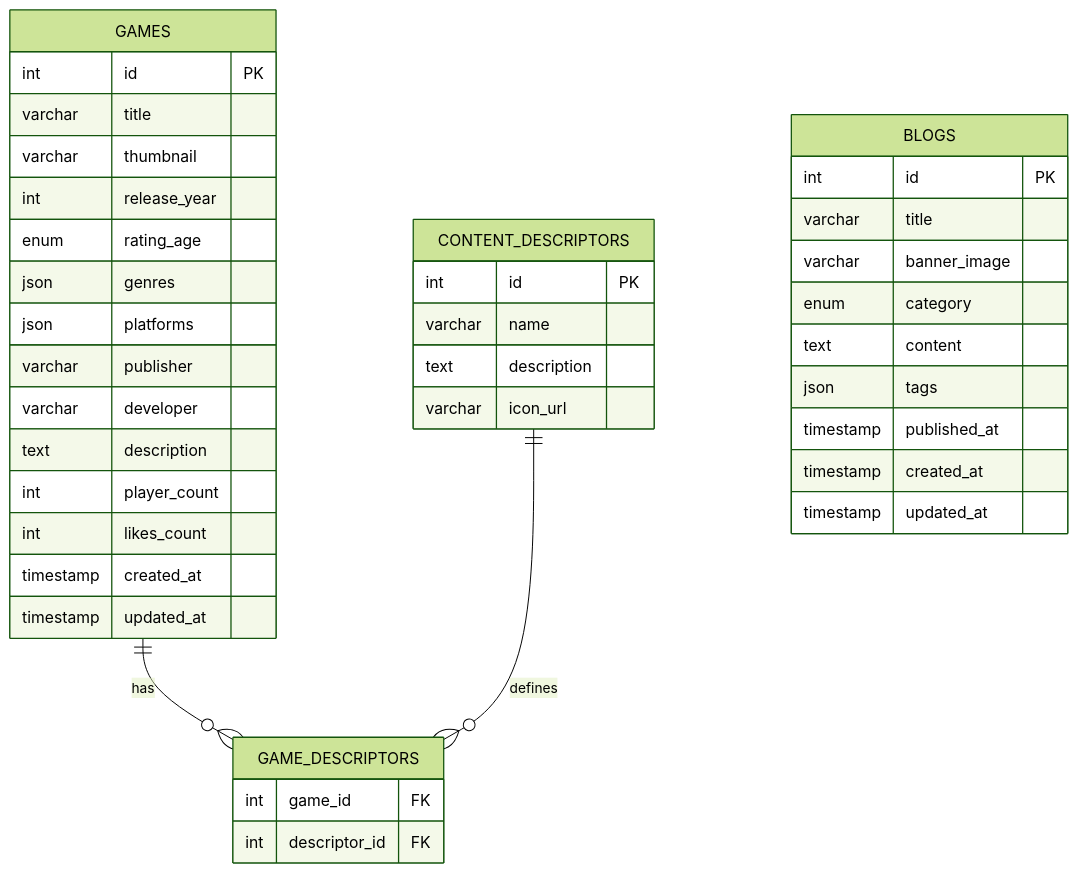
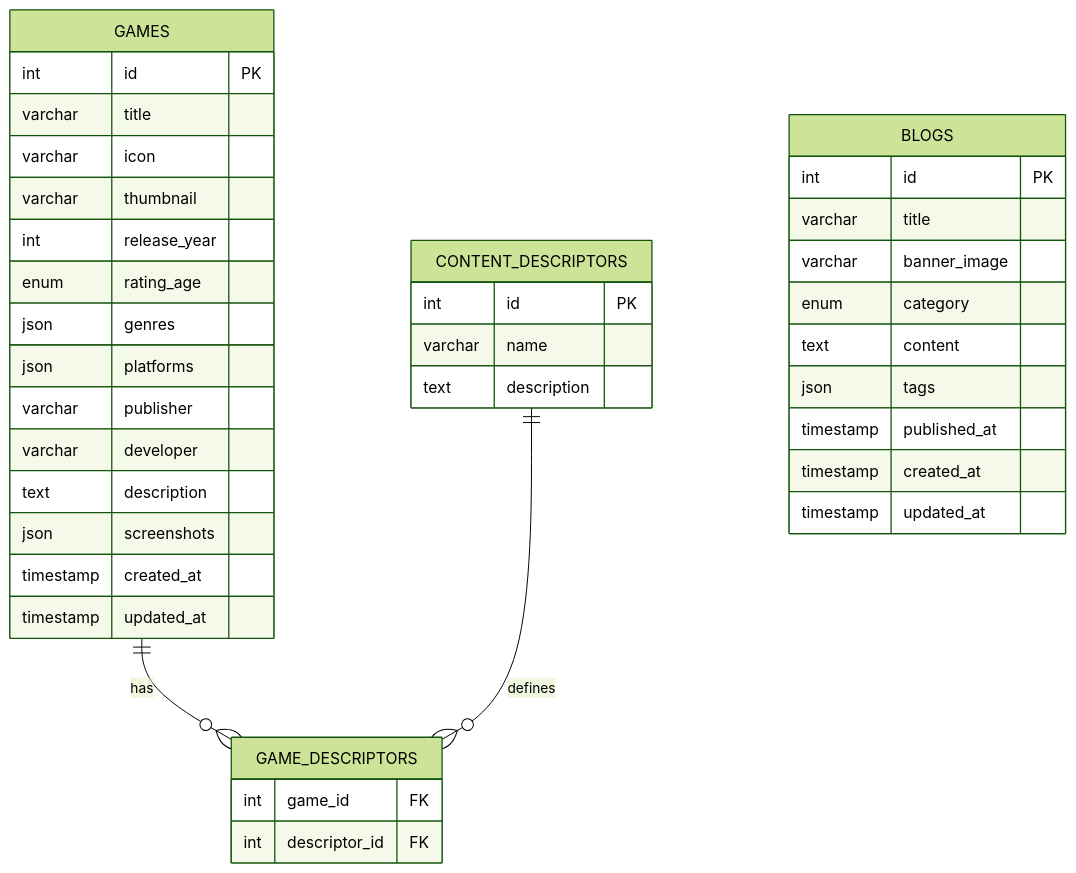
The diagram in readme.md (RahmatHedo/Redesain_Team1), drawn with Mermaid (forest theme) before and after one commit. The commit also changed other lines of this file and 10 other files, not shown here.

````diff
--- a/readme.md
+++ b/readme.md
@@ -11,42 +11,41 @@
 ```mermaid
 erDiagram
     GAMES ||--o{ GAME_DESCRIPTORS : has
     CONTENT_DESCRIPTORS ||--o{ GAME_DESCRIPTORS : defines
     BLOGS {
         int id PK
         varchar title
         varchar banner_image
         enum category
         text content
         json tags
         timestamp published_at
         timestamp created_at
         timestamp updated_at
     }
     GAMES {
         int id PK
         varchar title
+        varchar icon
         varchar thumbnail
         int release_year
         enum rating_age
         json genres
         json platforms
         varchar publisher
         varchar developer
         text description
-        int player_count
-        int likes_count
+        json screenshots
         timestamp created_at
         timestamp updated_at
     }
     CONTENT_DESCRIPTORS {
         int id PK
         varchar name
         text description
-        varchar icon_url
     }
     GAME_DESCRIPTORS {
         int game_id FK
         int descriptor_id FK
     }
 ```
````
